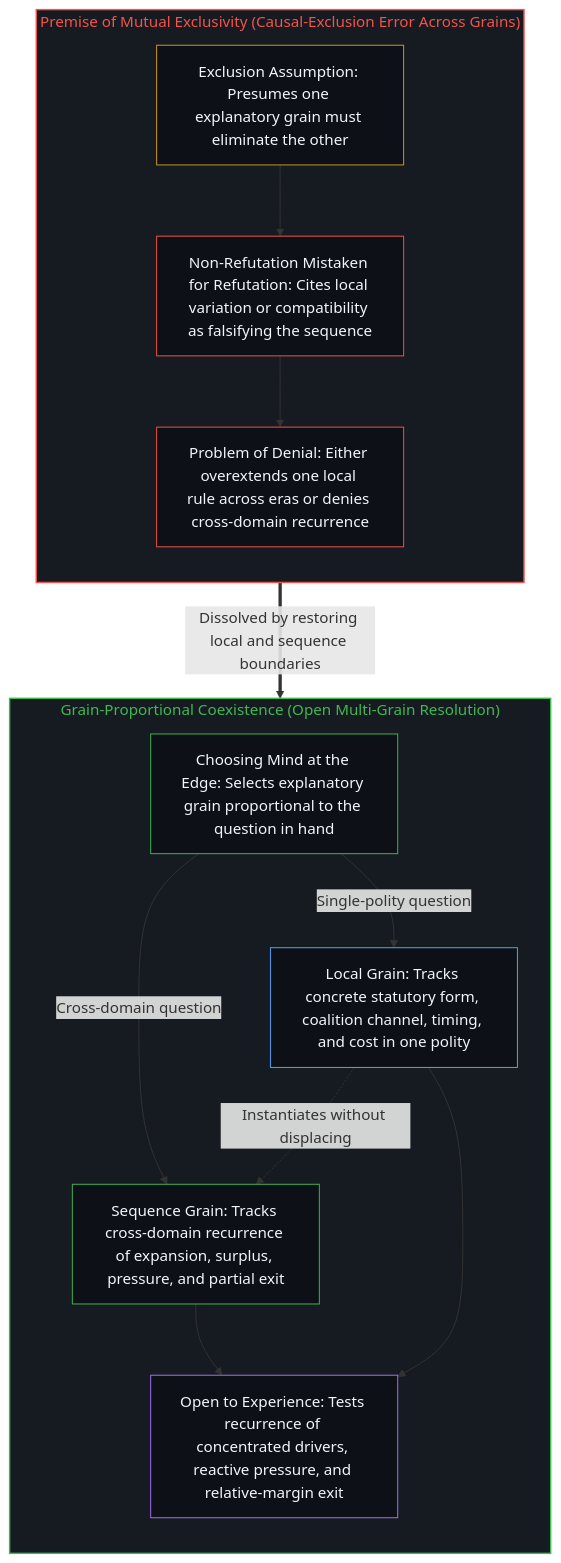
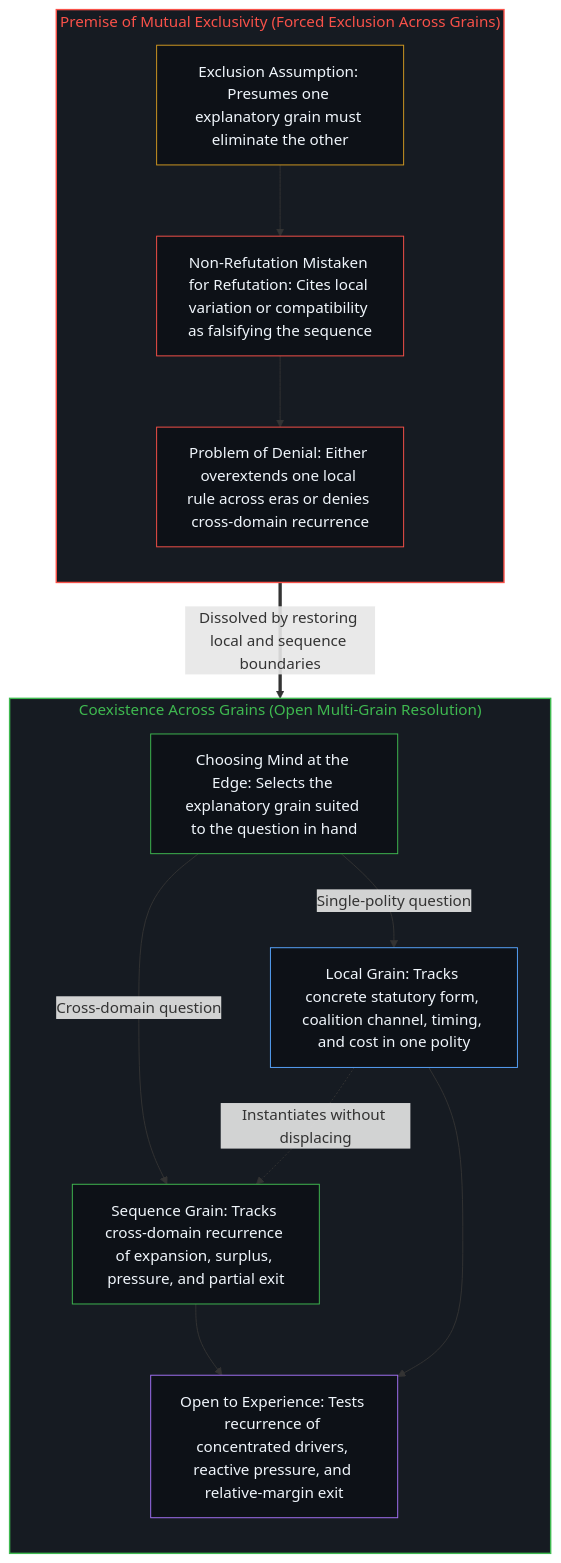
Before and after one commit to powerpig99/not-a-toe: the fourth of 4 diagrams in content/posts/the-sequence-of-expansion-and-the-boundary-of-local-accounts.md, drawn with Mermaid. The commit also changed other lines of this file and 24 other files, not shown here.

````diff
--- a/content/posts/the-sequence-of-expansion-and-the-boundary-of-local-accounts.md
+++ b/content/posts/the-sequence-of-expansion-and-the-boundary-of-local-accounts.md
@@ -144,32 +144,32 @@
 ```mermaid
 flowchart TD
-    subgraph S_Coex["Grain-Proportional Coexistence (Open Multi-Grain Resolution)"]
+    subgraph S_Coex["Coexistence Across Grains (Open Multi-Grain Resolution)"]
         direction TB
-        G_Mind["Choosing Mind at the Edge: Selects explanatory grain proportional to the question in hand"]
+        G_Mind["Choosing Mind at the Edge: Selects the explanatory grain suited to the question in hand"]
         G_Seq["Sequence Grain: Tracks cross-domain recurrence of expansion, surplus, pressure, and partial exit"]
         G_Loc["Local Grain: Tracks concrete statutory form, coalition channel, timing, and cost in one polity"]
         G_Emp["Open to Experience: Tests recurrence of concentrated drivers, reactive pressure, and relative-margin exit"]
         G_Mind -->|"Cross-domain question"| G_Seq
         G_Mind -->|"Single-polity question"| G_Loc
         G_Loc -.->|"Instantiates without displacing"| G_Seq
         G_Seq --> G_Emp
         G_Loc --> G_Emp
     end
-    subgraph S_Excl["Premise of Mutual Exclusivity (Causal-Exclusion Error Across Grains)"]
+    subgraph S_Excl["Premise of Mutual Exclusivity (Forced Exclusion Across Grains)"]
         direction TB
         X_Prem["Exclusion Assumption: Presumes one explanatory grain must eliminate the other"]
         X_Mis["Non-Refutation Mistaken for Refutation: Cites local variation or compatibility as falsifying the sequence"]
         X_Den["Problem of Denial: Either overextends one local rule across eras or denies cross-domain recurrence"]
         X_Prem --> X_Mis --> X_Den
     end
     X_Den ==>|"Dissolved by restoring local and sequence boundaries"| G_Mind
     style S_Coex fill:#161b22,stroke:#3fb950,stroke-width:1.5px,color:#3fb950
     style S_Excl fill:#161b22,stroke:#f85149,stroke-width:1.5px,color:#f85149
     style G_Mind fill:#0d1117,stroke:#3fb950,stroke-width:1px,color:#f0f6fc
     style G_Seq fill:#0d1117,stroke:#3fb950,stroke-width:1px,color:#f0f6fc
     style G_Loc fill:#0d1117,stroke:#58a6ff,stroke-width:1px,color:#f0f6fc
     style G_Emp fill:#0d1117,stroke:#a371f7,stroke-width:1px,color:#f0f6fc
     style X_Prem fill:#0d1117,stroke:#d29922,stroke-width:1px,color:#f0f6fc
     style X_Mis fill:#0d1117,stroke:#f85149,stroke-width:1px,color:#f0f6fc
     style X_Den fill:#0d1117,stroke:#f85149,stroke-width:1px,color:#f0f6fc
 ```
````
